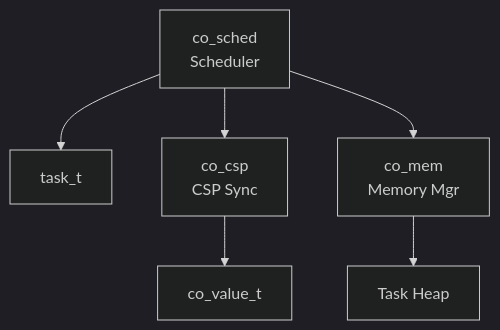
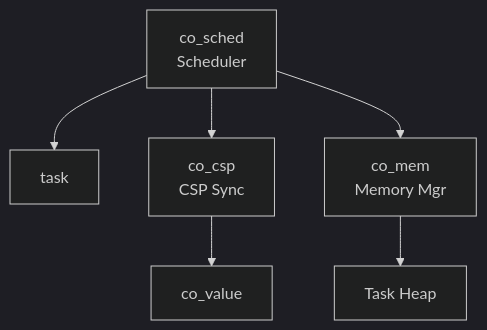
Before and after one commit to kmt-t/fireball: the first of 3 diagrams in docs/orders/components/coos.md, drawn with Mermaid (dark theme). The commit also changed other lines of this file and 20 other files, not shown here.

````diff
--- a/docs/orders/components/coos.md
+++ b/docs/orders/components/coos.md
@@ -14,8 +14,8 @@
 ```mermaid
 graph TD
-    Sched[co_sched<br/>Scheduler] --> TCB[task_t]
+    Sched[co_sched<br/>Scheduler] --> TCB[task]
     Sched --> CSP[co_csp<br/>CSP Sync]
     Sched --> Mem[co_mem<br/>Memory Mgr]
-    CSP --> Value[co_value_t]
+    CSP --> Value[co_value]
     Mem --> Heap[Task Heap]
 ```
````
